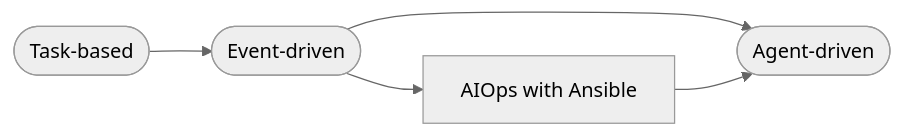
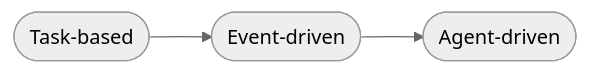
Before and after one commit to IPvSean/solution-guides: the first of 2 diagrams in README-AIOps.md, drawn with Mermaid (neutral theme).

Commit message:
Simplify automation-generation Mermaid to three linear stages.
Drop the AIOps with Ansible node from the diagram so the progression stays task-based to event-driven to agent-driven; the bridge claim remains in the prose below.

````diff
--- a/README-AIOps.md
+++ b/README-AIOps.md
@@ -42,7 +42,4 @@
 ```mermaid
 graph LR
-  A([Task-based]) --> B([Event-driven])
-  B --> C([Agent-driven])
-  B --> D[AIOps with Ansible]
-  D --> C
+  A([Task-based]) --> B([Event-driven]) --> C([Agent-driven])
 ```
````
